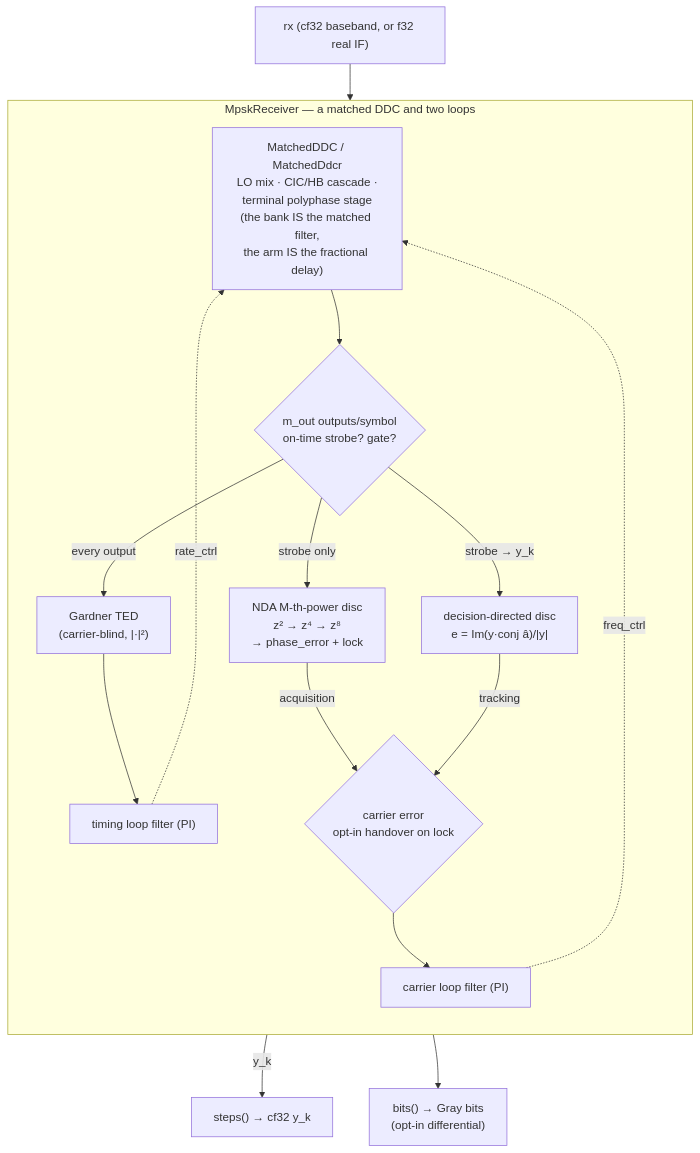
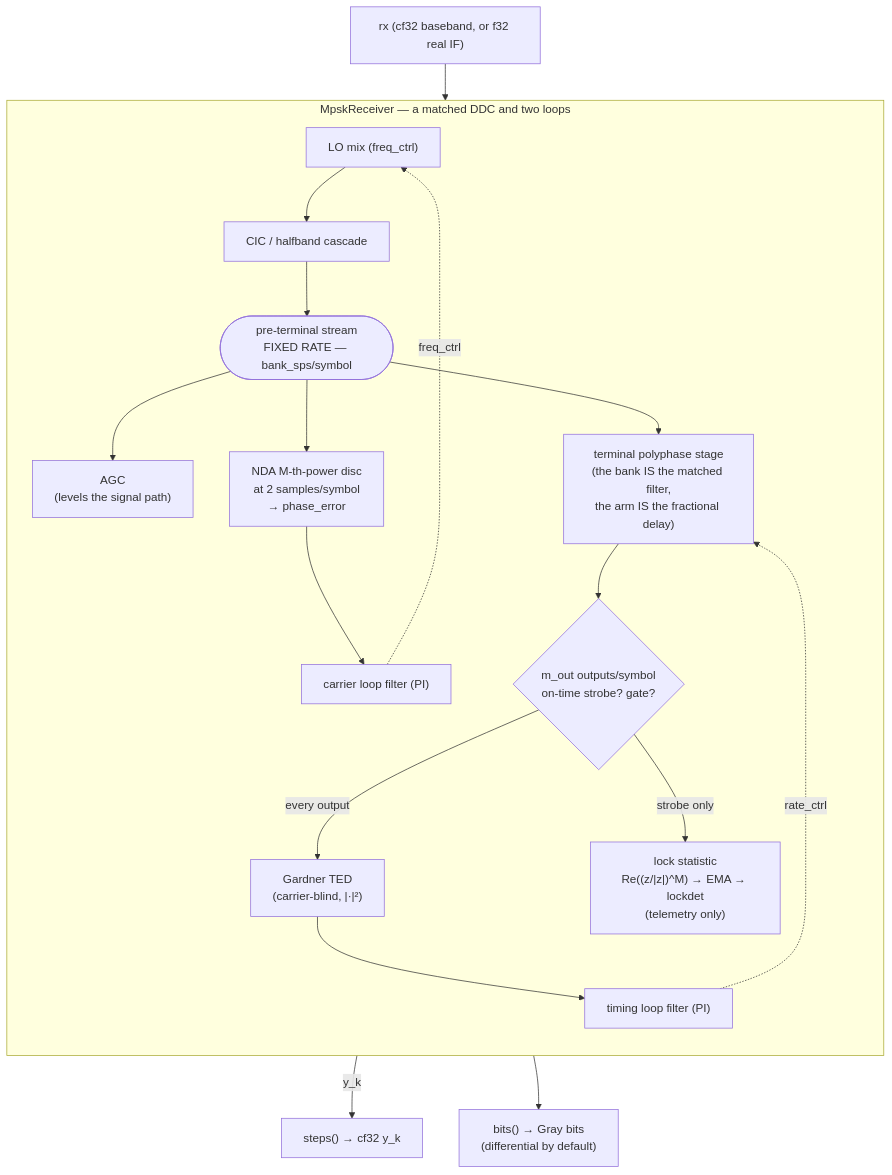
One commit to doppler-dsp/doppler changed the diagram in docs/design/mpsk.md. Above: the diagram before and after it, drawn with Mermaid. The commit also changed other lines of this file, not shown here.

````diff
--- a/docs/design/mpsk.md
+++ b/docs/design/mpsk.md
@@ -29,28 +34,29 @@
 ```mermaid
 flowchart TB
     IN["rx (cf32 baseband, or f32 real IF)"]
     subgraph RX["MpskReceiver — a matched DDC and two loops"]
         direction TB
-        FE["MatchedDDC / MatchedDdcr<br/>LO mix · CIC/HB cascade ·<br/>terminal polyphase stage<br/>(the bank IS the matched filter,<br/>the arm IS the fractional delay)"]
+        LO["LO mix (freq_ctrl)"]
+        CAS["CIC / halfband cascade"]
+        PRE(["pre-terminal stream<br/>FIXED RATE — bank_sps/symbol"])
+        AGC["AGC<br/>(levels the signal path)"]
+        NDA["NDA M-th-power disc<br/>at 2 samples/symbol<br/>→ phase_error"]
+        CLF["carrier loop filter (PI)"]
+        TERM["terminal polyphase stage<br/>(the bank IS the matched filter,<br/>the arm IS the fractional delay)"]
         STROBE{"m_out outputs/symbol<br/>on-time strobe? gate?"}
         TED["Gardner TED<br/>(carrier-blind, |·|²)"]
-        NDA["NDA M-th-power disc<br/>z² → z⁴ → z⁸<br/>→ phase_error + lock"]
-        DD["decision-directed disc<br/>e = Im(y·conj â)/|y|"]
-        SEL{"carrier error<br/>opt-in handover on lock"}
         TLF["timing loop filter (PI)"]
-        CLF["carrier loop filter (PI)"]
-        FE --> STROBE
-        STROBE -->|"every output"| TED
-        STROBE -->|"strobe only"| NDA
-        STROBE -->|"strobe → y_k"| DD
-        TED --> TLF
-        NDA -->|"acquisition"| SEL
-        DD -->|"tracking"| SEL
-        SEL --> CLF
-        TLF -.->|"rate_ctrl"| FE
-        CLF -.->|"freq_ctrl"| FE
+        LOCK["lock statistic<br/>Re((z/|z|)^M) → EMA → lockdet<br/>(telemetry only)"]
+        LO --> CAS --> PRE
+        PRE --> AGC
+        PRE --> NDA --> CLF
+        CLF -.->|"freq_ctrl"| LO
+        PRE --> TERM --> STROBE
+        STROBE -->|"every output"| TED --> TLF
+        TLF -.->|"rate_ctrl"| TERM
+        STROBE -->|"strobe only"| LOCK
     end
-    IN --> FE
+    IN --> LO
     STROBE -->|"y_k"| OUT["steps() → cf32 y_k"]
-    STROBE --> BITS["bits() → Gray bits<br/>(opt-in differential)"]
+    STROBE --> BITS["bits() → Gray bits<br/>(differential by default)"]
 ```
````
